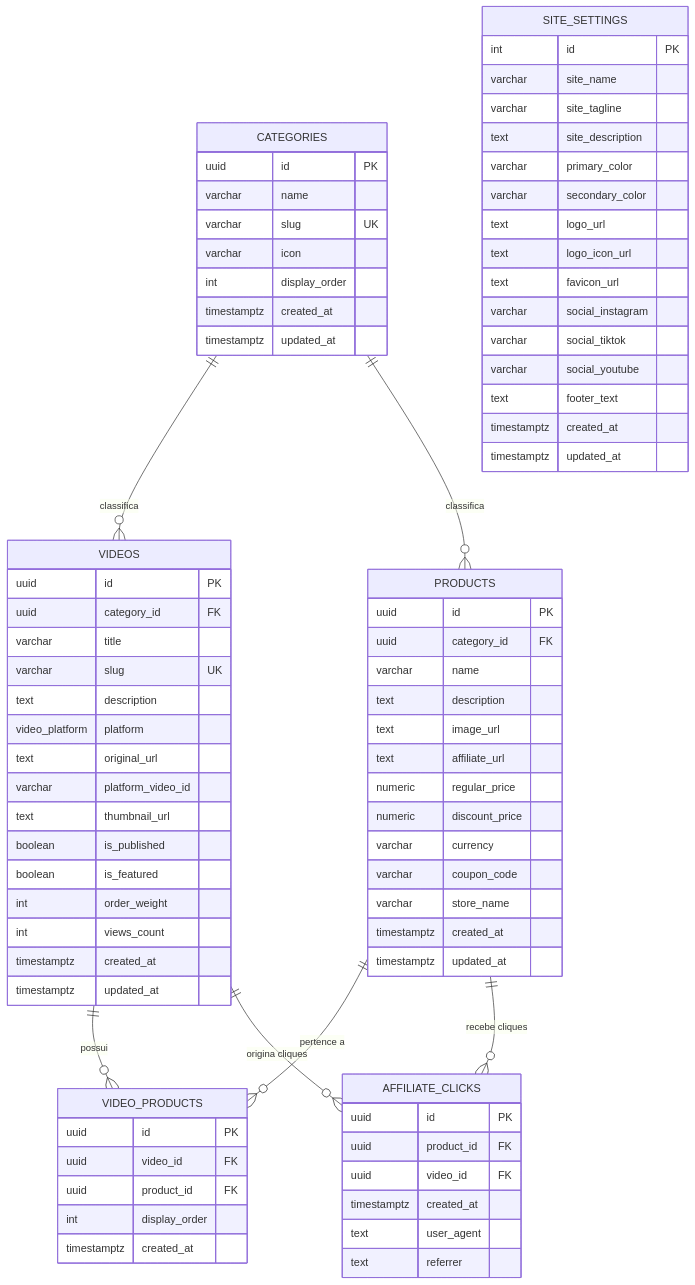
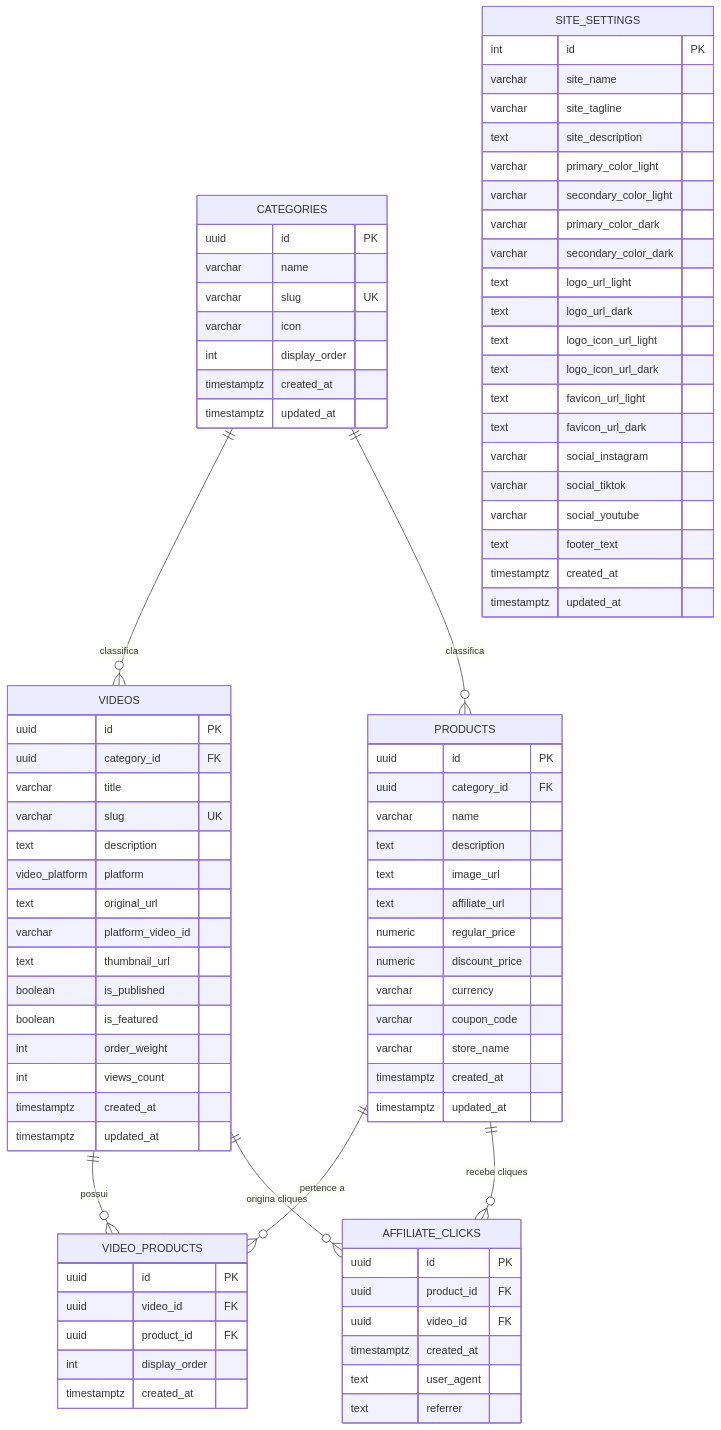
The diagram in docs/DATABASE.md (TheCheepeer/Promocuts), drawn with Mermaid before and after one commit. The commit also changed other lines of this file and 10 other files, not shown here.

First line of the commit message:
docs: adicionar roadmap, theming dual-mode e ativos hibridos

```diff
--- a/docs/DATABASE.md
+++ b/docs/DATABASE.md
@@ -20,11 +20,16 @@
         varchar site_name
         varchar site_tagline
         text site_description
-        varchar primary_color
-        varchar secondary_color
-        text logo_url
-        text logo_icon_url
-        text favicon_url
+        varchar primary_color_light
+        varchar secondary_color_light
+        varchar primary_color_dark
+        varchar secondary_color_dark
+        text logo_url_light
+        text logo_url_dark
+        text logo_icon_url_light
+        text logo_icon_url_dark
+        text favicon_url_light
+        text favicon_url_dark
         varchar social_instagram
         varchar social_tiktok
         varchar social_youtube
```
